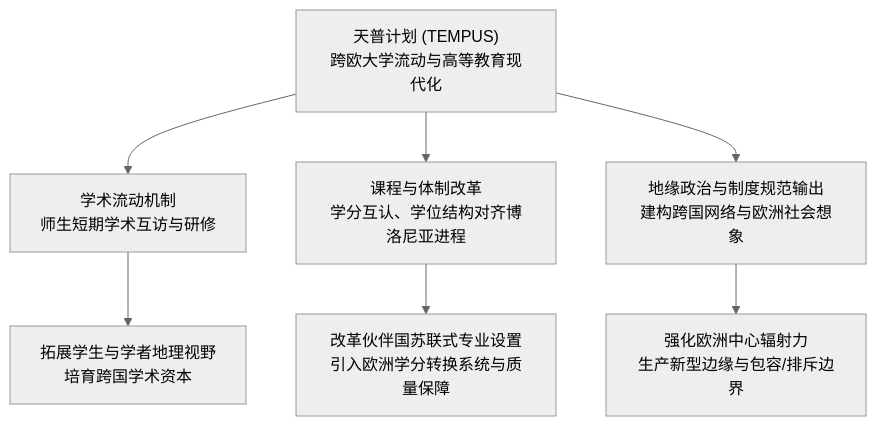
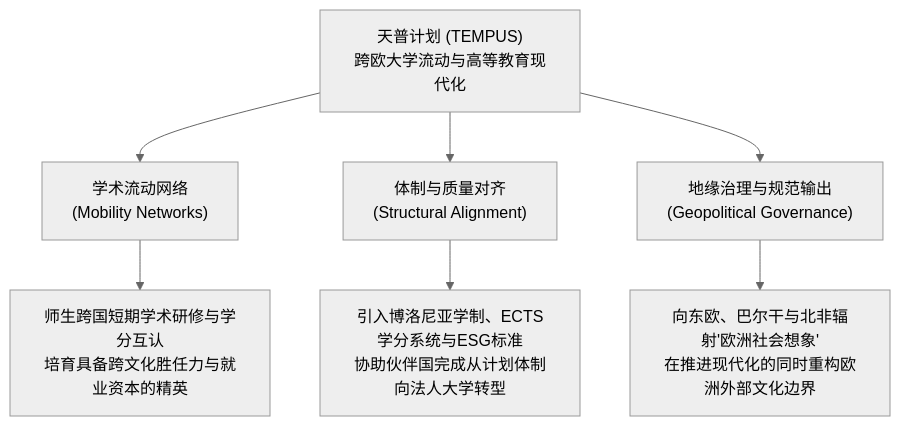
Before and after one commit to likemie/vault-notes: the diagram in wiki/facts/eu/TEMPUS.md, drawn with Mermaid (neutral theme). The commit also changed other lines of this file and 24 other files, not shown here.

````diff
--- a/wiki/facts/eu/TEMPUS.md
+++ b/wiki/facts/eu/TEMPUS.md
@@ -60,11 +81,12 @@
 ```mermaid
 graph TD
     TEMPUS["天普计划 (TEMPUS)<br>跨欧大学流动与高等教育现代化"]
-    TEMPUS --> AX1["学术流动机制<br>师生短期学术互访与研修"]
-    TEMPUS --> AX2["课程与体制改革<br>学分互认、学位结构对齐博洛尼亚进程"]
-    TEMPUS --> AX3["地缘政治与制度规范输出<br>建构跨国网络与欧洲社会想象"]
+    
+    TEMPUS --> AX1["学术流动网络<br>(Mobility Networks)"]
+    TEMPUS --> AX2["体制与质量对齐<br>(Structural Alignment)"]
+    TEMPUS --> AX3["地缘治理与规范输出<br>(Geopolitical Governance)"]
 
-    AX1 --> OUT1["拓展学生与学者地理视野<br>培育跨国学术资本"]
-    AX2 --> OUT2["改革伙伴国苏联式专业设置<br>引入欧洲学分转换系统与质量保障"]
-    AX3 --> OUT3["强化欧洲中心辐射力<br>生产新型边缘与包容/排斥边界"]
+    AX1 --> OUT1["师生跨国短期学术研修与学分互认<br>培育具备跨文化胜任力与就业资本的精英"]
+    AX2 --> OUT2["引入博洛尼亚学制、ECTS学分系统与ESG标准<br>协助伙伴国完成从计划体制向法人大学转型"]
+    AX3 --> OUT3["向东欧、巴尔干与北非辐射'欧洲社会想象'<br>在推进现代化的同时重构欧洲外部文化边界"]
 ```
````
